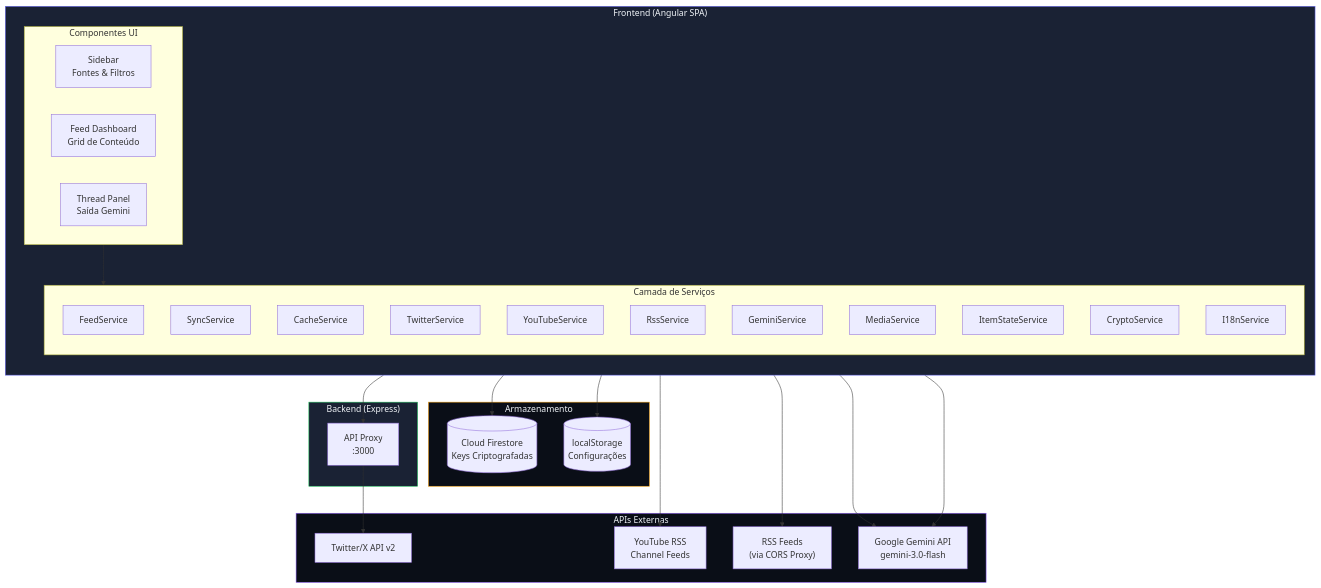
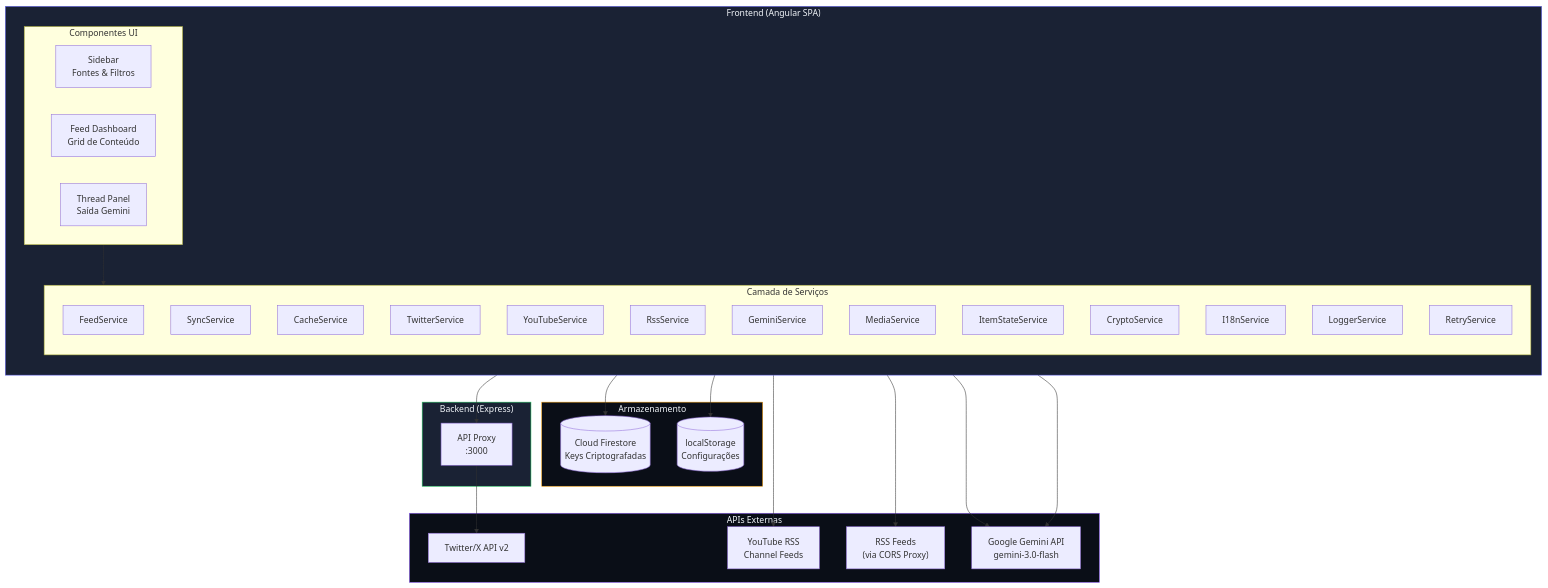
One commit to lucianommartins/grumble changed the diagram in README.md. Above: the diagram before and after it, drawn with Mermaid. The commit also changed other lines of this file and 7 other files, not shown here.

````diff
--- a/README.md
+++ b/README.md
@@ -41,55 +43,57 @@
 ```mermaid
 graph TB
     subgraph Frontend["Frontend (Angular SPA)"]
         direction TB
         subgraph Components["Componentes UI"]
             Sidebar["Sidebar<br/>Fontes & Filtros"]
             Dashboard["Feed Dashboard<br/>Grid de Conteúdo"]
             ThreadPanel["Thread Panel<br/>Saída Gemini"]
         end
         subgraph Services["Camada de Serviços"]
             FeedService["FeedService"]
             SyncService["SyncService"]
             CacheService["CacheService"]
             TwitterService["TwitterService"]
             YouTubeService["YouTubeService"]
             RssService["RssService"]
             GeminiService["GeminiService"]
             MediaService["MediaService"]
             ItemStateService["ItemStateService"]
             CryptoService["CryptoService"]
             I18nService["I18nService"]
+            LoggerService["LoggerService"]
+            RetryService["RetryService"]
         end
     end
 
     subgraph Storage["Armazenamento"]
         Firestore[("Cloud Firestore<br/>Keys Criptografadas")]
         LocalStorage[("localStorage<br/>Configurações")]
     end
 
     subgraph Backend["Backend (Express)"]
         Proxy["API Proxy<br/>:3000"]
     end
 
     subgraph External["APIs Externas"]
         Twitter["Twitter/X API v2"]
         YouTube["YouTube RSS<br/>Channel Feeds"]
         RSS["RSS Feeds<br/>(via CORS Proxy)"]
         Gemini["Google Gemini API<br/>gemini-3.0-flash"]
     end
 
     Components --> Services
     CryptoService --> Firestore
     FeedService --> LocalStorage
     TwitterService --> Proxy
     YouTubeService --> YouTube
     RssService --> RSS
     GeminiService --> Gemini
     MediaService --> Gemini
     Proxy --> Twitter
 
     style Frontend fill:#1a2234,stroke:#6366f1,color:#f1f5f9
     style Backend fill:#1a2234,stroke:#22c55e,color:#f1f5f9
     style External fill:#0a0e17,stroke:#8b5cf6,color:#f1f5f9
     style Storage fill:#0a0e17,stroke:#f59e0b,color:#f1f5f9
 ```
````
